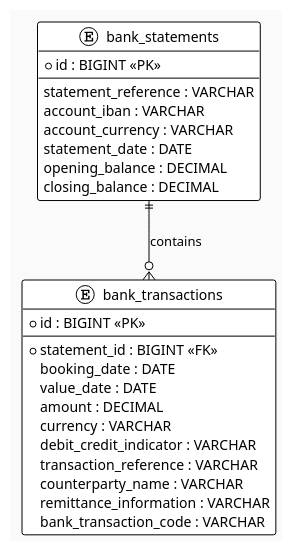
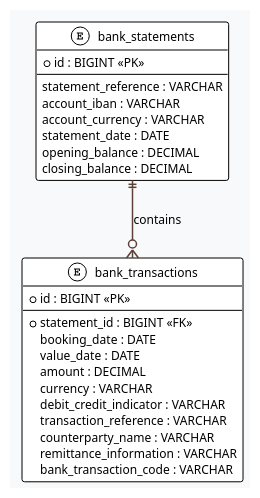
The diagram in docs/diagrams/database-diagram.puml (wallaceespindola/camt-mt-converters), drawn with PlantUML before and after one commit. The commit also changed 6 other files, not shown here.

First line of the commit message:
Improve colors across all 7 PlantUML diagrams with role-based palette

```diff
--- a/docs/diagrams/database-diagram.puml
+++ b/docs/diagrams/database-diagram.puml
@@ -1,38 +1,50 @@
 @startuml database-diagram
 !theme plain
 
-skinparam backgroundColor #FAFAFA
+skinparam backgroundColor #F8F9FA
+skinparam defaultFontName Arial
+skinparam defaultFontSize 12
+
 skinparam entity {
-  BackgroundColor #FFF3E0
-  BorderColor #E64A19
+  BackgroundColor #D7CCC8
+  BorderColor     #5D4037
+  FontColor       #212121
+  HeaderBackgroundColor #5D4037
+  HeaderFontColor #FFFFFF
+  BorderThickness 2
+}
+
+skinparam arrow {
+  Color     #5D4037
+  Thickness 1.5
 }
 
 entity "bank_statements" as BS {
   * id : BIGINT <<PK>>
   --
   statement_reference : VARCHAR
   account_iban : VARCHAR
   account_currency : VARCHAR
   statement_date : DATE
   opening_balance : DECIMAL
   closing_balance : DECIMAL
 }
 
 entity "bank_transactions" as BT {
   * id : BIGINT <<PK>>
   --
   * statement_id : BIGINT <<FK>>
   booking_date : DATE
   value_date : DATE
   amount : DECIMAL
   currency : VARCHAR
   debit_credit_indicator : VARCHAR
   transaction_reference : VARCHAR
   counterparty_name : VARCHAR
   remittance_information : VARCHAR
   bank_transaction_code : VARCHAR
 }
 
 BS ||--o{ BT : "contains"
 
 @enduml
```
